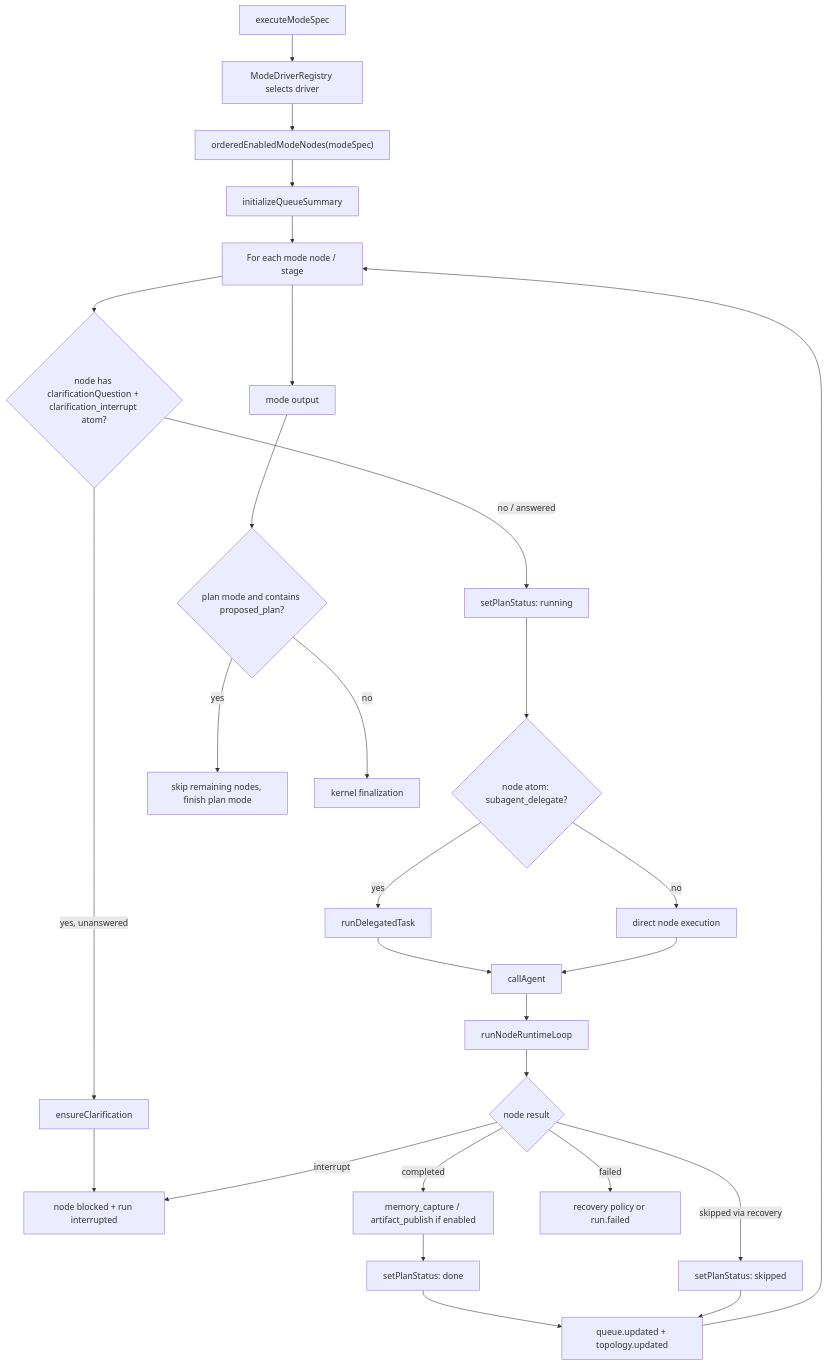
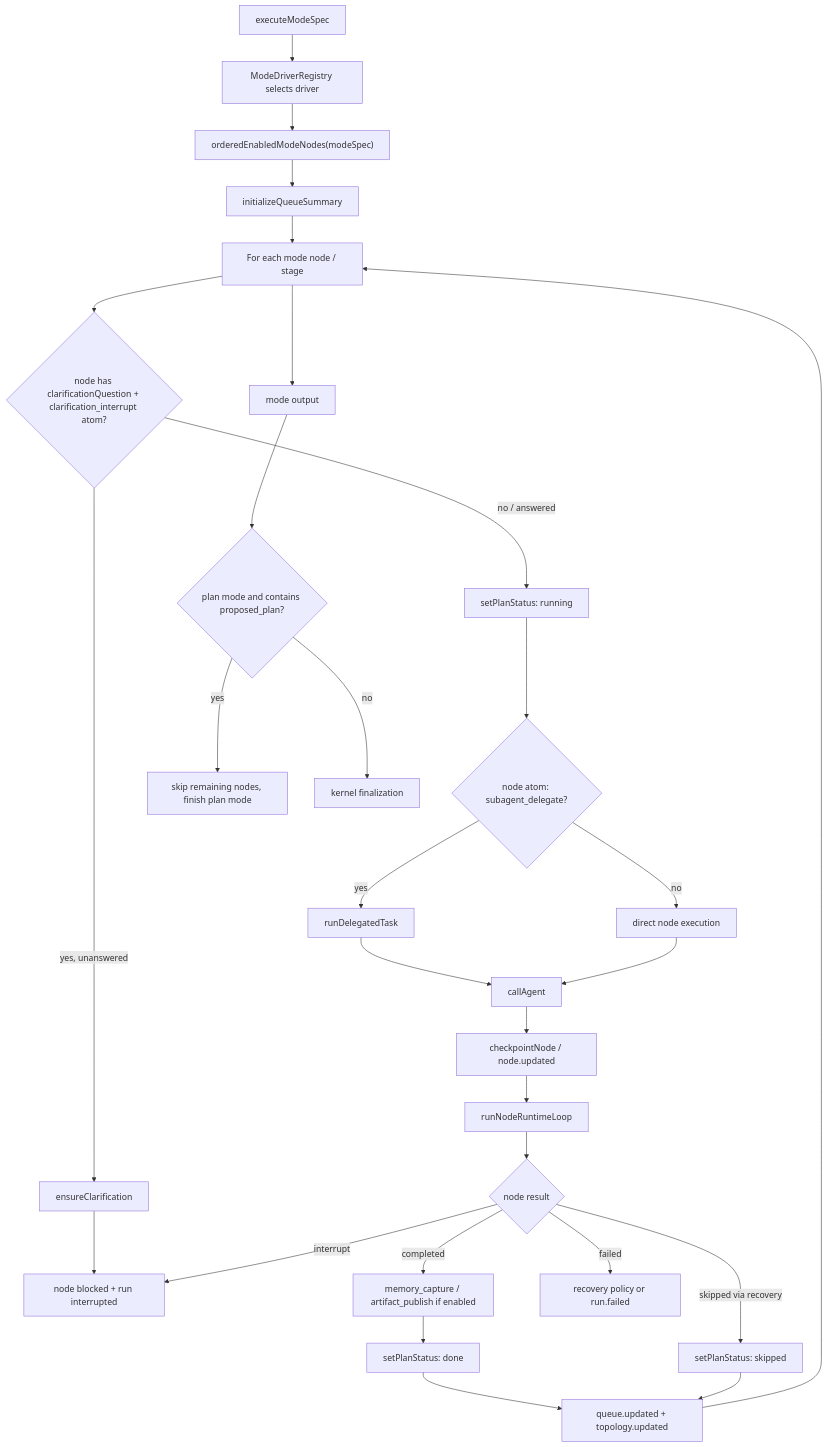
Before and after one commit to cemeworm/Ora: the fourth of 8 diagrams in docs/ora-runtime-loop.md, drawn with Mermaid. The commit also changed other lines of this file and 1 other file, not shown here.

First line of the commit message:
docs: update state diagrams for plan lifecycle and provider transient retry

````diff
--- a/docs/ora-runtime-loop.md
+++ b/docs/ora-runtime-loop.md
@@ -115,35 +153,36 @@
 ```mermaid
 flowchart TD
   A["executeModeSpec"] --> A1["ModeDriverRegistry selects driver"]
   A1 --> B["orderedEnabledModeNodes(modeSpec)"]
   B --> C["initializeQueueSummary"]
   C --> D["For each mode node / stage"]
 
   D --> E{"node has clarificationQuestion + clarification_interrupt atom?"}
   E -->|yes, unanswered| F["ensureClarification"]
   F --> G["node blocked + run interrupted"]
   E -->|no / answered| H["setPlanStatus: running"]
 
   H --> I{"node atom: subagent_delegate?"}
   I -->|yes| J["runDelegatedTask"]
   I -->|no| K["direct node execution"]
   J --> L["callAgent"]
   K --> L
 
-  L --> M["runNodeRuntimeLoop"]
+  L --> L1["checkpointNode / node.updated"]
+  L1 --> M["runNodeRuntimeLoop"]
   M --> N{"node result"}
   N -->|completed| O["memory_capture / artifact_publish if enabled"]
   O --> P["setPlanStatus: done"]
   P --> Q["queue.updated + topology.updated"]
   Q --> D
 
   N -->|skipped via recovery| R["setPlanStatus: skipped"]
   R --> Q
   N -->|interrupt| G
   N -->|failed| S["recovery policy or run.failed"]
 
   D --> T["mode output"]
   T --> U{"plan mode and contains proposed_plan?"}
   U -->|yes| V["skip remaining nodes, finish plan mode"]
   U -->|no| W["kernel finalization"]
 ```
````
